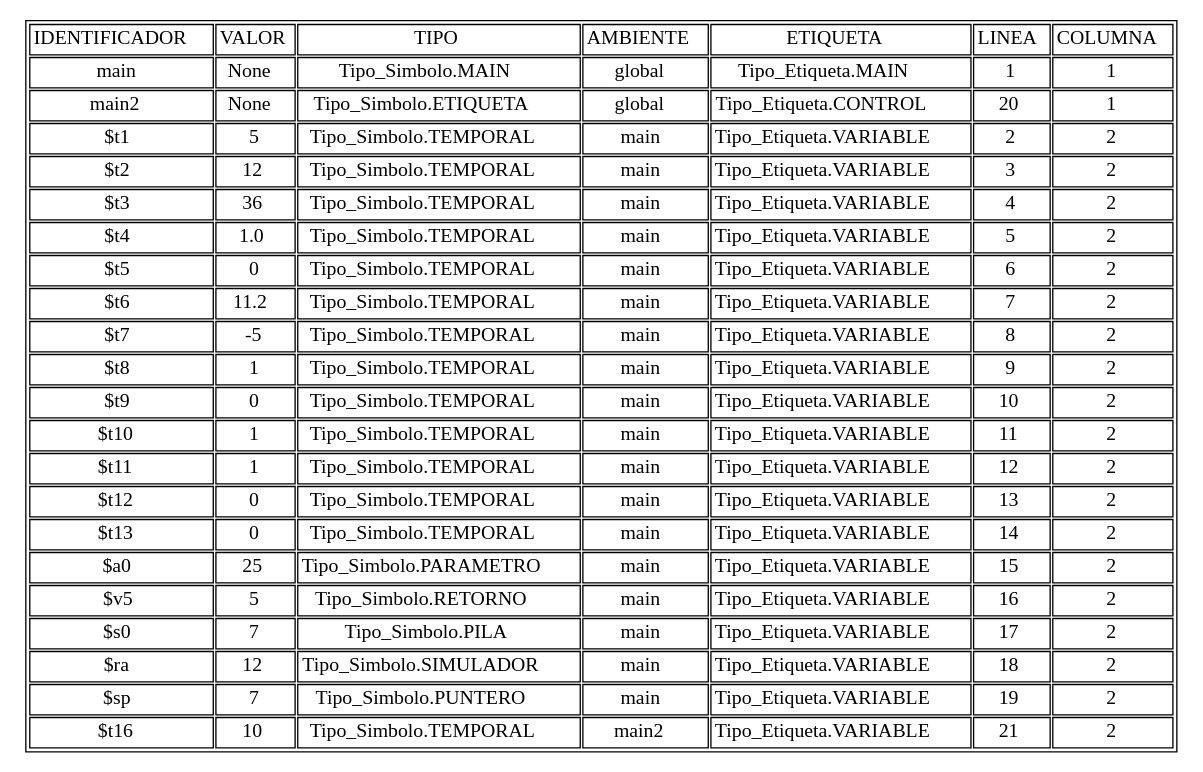
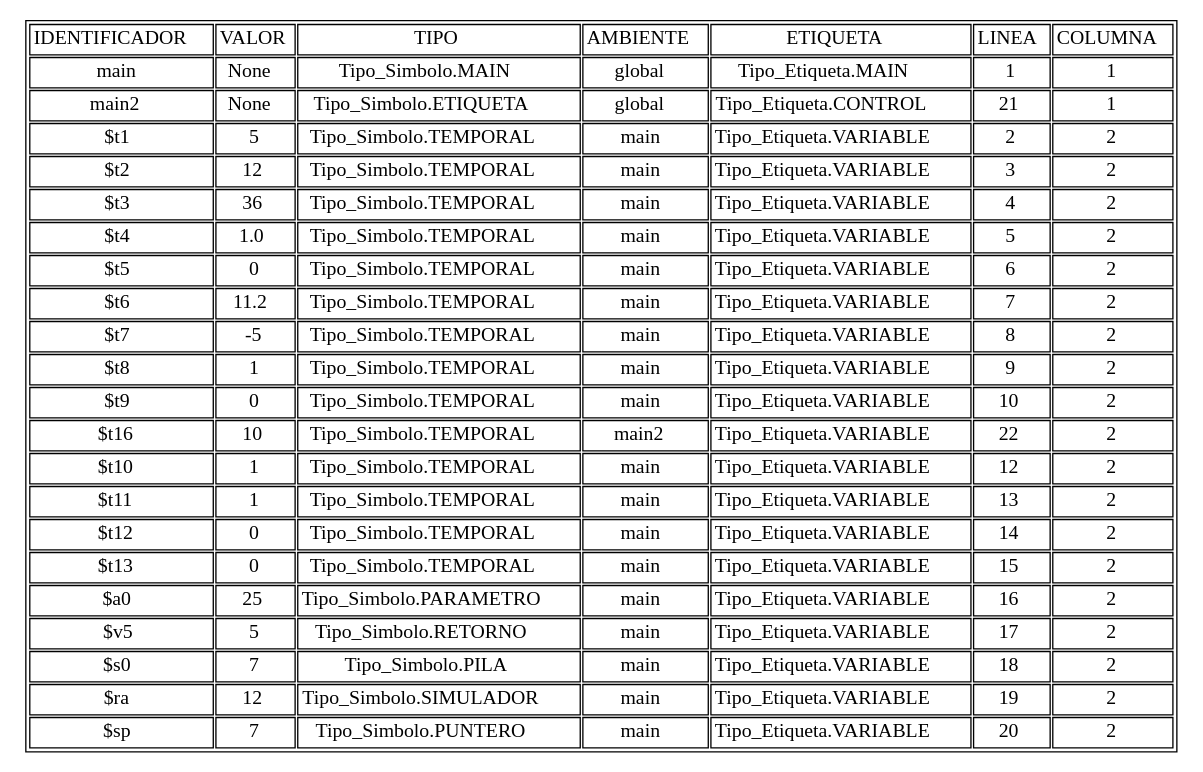
Before and after one commit to AndreeAvalos/OLC2-AUGUS: the diagram in tablasimbolos.dot, drawn with Graphviz. The commit also changed 6 other files, not shown here.

```diff
--- a/tablasimbolos.dot
+++ b/tablasimbolos.dot
@@ -1,29 +1,29 @@
 digraph tabla{
 graph [ratio=fill];node [label="\N", fontsize=15, shape=plaintext];
 graph [bb="0,0,352,154"];
 arset [label=<<TABLE ALIGN="LEFT">
 <TR><TD>IDENTIFICADOR</TD><TD>VALOR</TD><TD>TIPO</TD><TD>AMBIENTE</TD><TD>ETIQUETA</TD><TD>LINEA</TD><TD>COLUMNA</TD></TR>
 <TR><TD>main</TD><TD>None</TD><TD>Tipo_Simbolo.MAIN</TD><TD>global</TD><TD>Tipo_Etiqueta.MAIN</TD><TD>1</TD><TD>1</TD></TR>
-<TR><TD>main2</TD><TD>None</TD><TD>Tipo_Simbolo.ETIQUETA</TD><TD>global</TD><TD>Tipo_Etiqueta.CONTROL</TD><TD>20</TD><TD>1</TD></TR>
+<TR><TD>main2</TD><TD>None</TD><TD>Tipo_Simbolo.ETIQUETA</TD><TD>global</TD><TD>Tipo_Etiqueta.CONTROL</TD><TD>21</TD><TD>1</TD></TR>
 <TR><TD>$t1</TD><TD>5</TD><TD>Tipo_Simbolo.TEMPORAL</TD><TD>main</TD><TD>Tipo_Etiqueta.VARIABLE</TD><TD>2</TD><TD>2</TD></TR>
 <TR><TD>$t2</TD><TD>12</TD><TD>Tipo_Simbolo.TEMPORAL</TD><TD>main</TD><TD>Tipo_Etiqueta.VARIABLE</TD><TD>3</TD><TD>2</TD></TR>
 <TR><TD>$t3</TD><TD>36</TD><TD>Tipo_Simbolo.TEMPORAL</TD><TD>main</TD><TD>Tipo_Etiqueta.VARIABLE</TD><TD>4</TD><TD>2</TD></TR>
 <TR><TD>$t4</TD><TD>1.0</TD><TD>Tipo_Simbolo.TEMPORAL</TD><TD>main</TD><TD>Tipo_Etiqueta.VARIABLE</TD><TD>5</TD><TD>2</TD></TR>
 <TR><TD>$t5</TD><TD>0</TD><TD>Tipo_Simbolo.TEMPORAL</TD><TD>main</TD><TD>Tipo_Etiqueta.VARIABLE</TD><TD>6</TD><TD>2</TD></TR>
 <TR><TD>$t6</TD><TD>11.2</TD><TD>Tipo_Simbolo.TEMPORAL</TD><TD>main</TD><TD>Tipo_Etiqueta.VARIABLE</TD><TD>7</TD><TD>2</TD></TR>
 <TR><TD>$t7</TD><TD>-5</TD><TD>Tipo_Simbolo.TEMPORAL</TD><TD>main</TD><TD>Tipo_Etiqueta.VARIABLE</TD><TD>8</TD><TD>2</TD></TR>
 <TR><TD>$t8</TD><TD>1</TD><TD>Tipo_Simbolo.TEMPORAL</TD><TD>main</TD><TD>Tipo_Etiqueta.VARIABLE</TD><TD>9</TD><TD>2</TD></TR>
 <TR><TD>$t9</TD><TD>0</TD><TD>Tipo_Simbolo.TEMPORAL</TD><TD>main</TD><TD>Tipo_Etiqueta.VARIABLE</TD><TD>10</TD><TD>2</TD></TR>
-<TR><TD>$t10</TD><TD>1</TD><TD>Tipo_Simbolo.TEMPORAL</TD><TD>main</TD><TD>Tipo_Etiqueta.VARIABLE</TD><TD>11</TD><TD>2</TD></TR>
-<TR><TD>$t11</TD><TD>1</TD><TD>Tipo_Simbolo.TEMPORAL</TD><TD>main</TD><TD>Tipo_Etiqueta.VARIABLE</TD><TD>12</TD><TD>2</TD></TR>
-<TR><TD>$t12</TD><TD>0</TD><TD>Tipo_Simbolo.TEMPORAL</TD><TD>main</TD><TD>Tipo_Etiqueta.VARIABLE</TD><TD>13</TD><TD>2</TD></TR>
-<TR><TD>$t13</TD><TD>0</TD><TD>Tipo_Simbolo.TEMPORAL</TD><TD>main</TD><TD>Tipo_Etiqueta.VARIABLE</TD><TD>14</TD><TD>2</TD></TR>
-<TR><TD>$a0</TD><TD>25</TD><TD>Tipo_Simbolo.PARAMETRO</TD><TD>main</TD><TD>Tipo_Etiqueta.VARIABLE</TD><TD>15</TD><TD>2</TD></TR>
-<TR><TD>$v5</TD><TD>5</TD><TD>Tipo_Simbolo.RETORNO</TD><TD>main</TD><TD>Tipo_Etiqueta.VARIABLE</TD><TD>16</TD><TD>2</TD></TR>
-<TR><TD>$s0</TD><TD>7</TD><TD>Tipo_Simbolo.PILA</TD><TD>main</TD><TD>Tipo_Etiqueta.VARIABLE</TD><TD>17</TD><TD>2</TD></TR>
-<TR><TD>$ra</TD><TD>12</TD><TD>Tipo_Simbolo.SIMULADOR</TD><TD>main</TD><TD>Tipo_Etiqueta.VARIABLE</TD><TD>18</TD><TD>2</TD></TR>
-<TR><TD>$sp</TD><TD>7</TD><TD>Tipo_Simbolo.PUNTERO</TD><TD>main</TD><TD>Tipo_Etiqueta.VARIABLE</TD><TD>19</TD><TD>2</TD></TR>
-<TR><TD>$t16</TD><TD>10</TD><TD>Tipo_Simbolo.TEMPORAL</TD><TD>main2</TD><TD>Tipo_Etiqueta.VARIABLE</TD><TD>21</TD><TD>2</TD></TR>
+<TR><TD>$t16</TD><TD>10</TD><TD>Tipo_Simbolo.TEMPORAL</TD><TD>main2</TD><TD>Tipo_Etiqueta.VARIABLE</TD><TD>22</TD><TD>2</TD></TR>
+<TR><TD>$t10</TD><TD>1</TD><TD>Tipo_Simbolo.TEMPORAL</TD><TD>main</TD><TD>Tipo_Etiqueta.VARIABLE</TD><TD>12</TD><TD>2</TD></TR>
+<TR><TD>$t11</TD><TD>1</TD><TD>Tipo_Simbolo.TEMPORAL</TD><TD>main</TD><TD>Tipo_Etiqueta.VARIABLE</TD><TD>13</TD><TD>2</TD></TR>
+<TR><TD>$t12</TD><TD>0</TD><TD>Tipo_Simbolo.TEMPORAL</TD><TD>main</TD><TD>Tipo_Etiqueta.VARIABLE</TD><TD>14</TD><TD>2</TD></TR>
+<TR><TD>$t13</TD><TD>0</TD><TD>Tipo_Simbolo.TEMPORAL</TD><TD>main</TD><TD>Tipo_Etiqueta.VARIABLE</TD><TD>15</TD><TD>2</TD></TR>
+<TR><TD>$a0</TD><TD>25</TD><TD>Tipo_Simbolo.PARAMETRO</TD><TD>main</TD><TD>Tipo_Etiqueta.VARIABLE</TD><TD>16</TD><TD>2</TD></TR>
+<TR><TD>$v5</TD><TD>5</TD><TD>Tipo_Simbolo.RETORNO</TD><TD>main</TD><TD>Tipo_Etiqueta.VARIABLE</TD><TD>17</TD><TD>2</TD></TR>
+<TR><TD>$s0</TD><TD>7</TD><TD>Tipo_Simbolo.PILA</TD><TD>main</TD><TD>Tipo_Etiqueta.VARIABLE</TD><TD>18</TD><TD>2</TD></TR>
+<TR><TD>$ra</TD><TD>12</TD><TD>Tipo_Simbolo.SIMULADOR</TD><TD>main</TD><TD>Tipo_Etiqueta.VARIABLE</TD><TD>19</TD><TD>2</TD></TR>
+<TR><TD>$sp</TD><TD>7</TD><TD>Tipo_Simbolo.PUNTERO</TD><TD>main</TD><TD>Tipo_Etiqueta.VARIABLE</TD><TD>20</TD><TD>2</TD></TR>
 </TABLE>
 >, ];
 }
```
